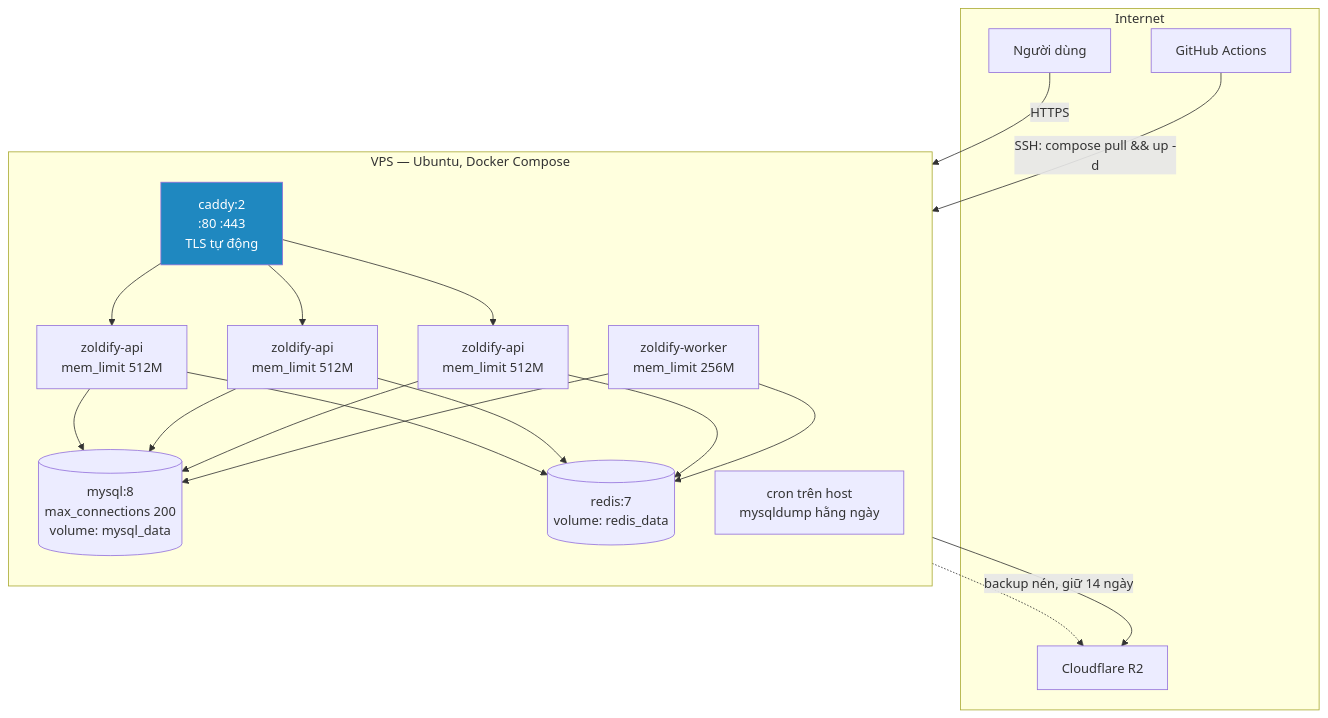
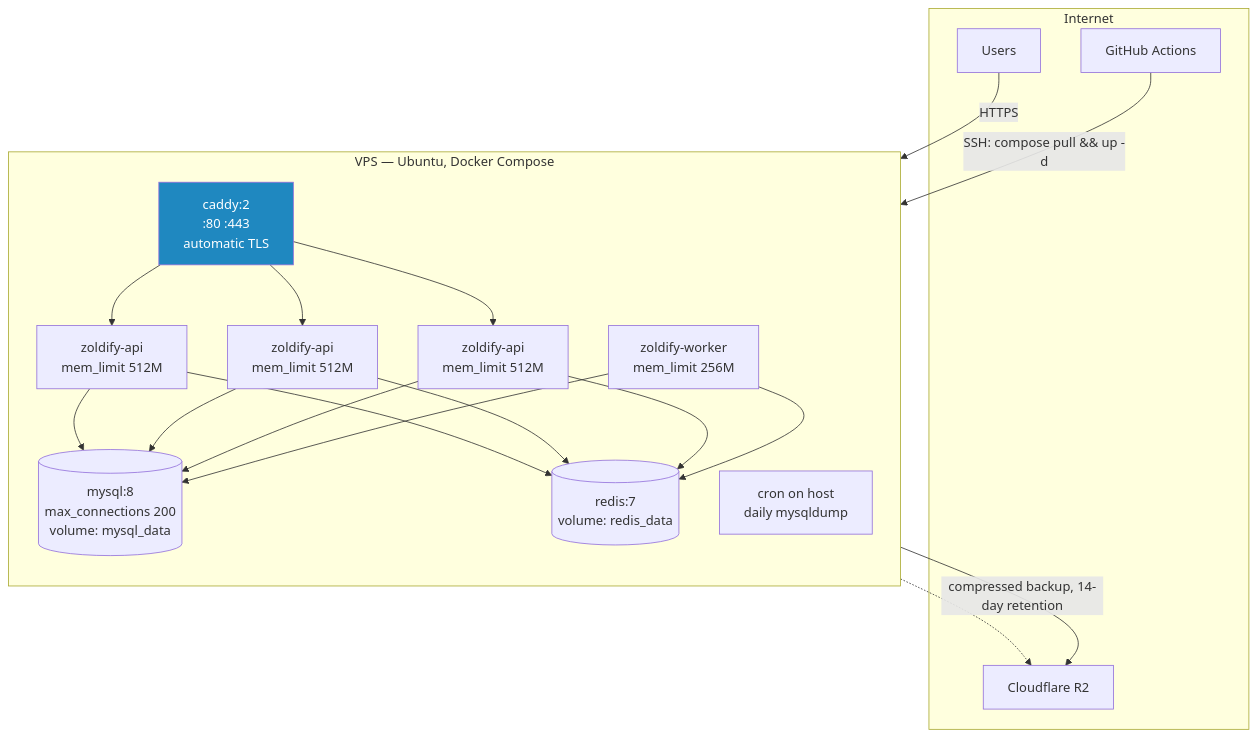
The fifth of 18 diagrams in docs/system-design/2026-08-06-zoldify-diagrams.md (tdat-dev/Zoldify_Backend), drawn with Mermaid before and after one commit. The commit also changed other lines of this file, not shown here.

````diff
--- a/docs/system-design/2026-08-06-zoldify-diagrams.md
+++ b/docs/system-design/2026-08-06-zoldify-diagrams.md
@@ -208,43 +220,43 @@
 ```mermaid
 flowchart TB
     subgraph internet["Internet"]
-        users["Người dùng"]
+        users["Users"]
         gh["GitHub Actions"]
         cf["Cloudflare R2"]
     end
 
     subgraph vps["VPS — Ubuntu, Docker Compose"]
         direction TB
-        caddy["caddy:2<br/>:80 :443<br/>TLS tự động"]
+        caddy["caddy:2<br/>:80 :443<br/>automatic TLS"]
 
         api1["zoldify-api<br/>mem_limit 512M"]
         api2["zoldify-api<br/>mem_limit 512M"]
         api3["zoldify-api<br/>mem_limit 512M"]
         worker["zoldify-worker<br/>mem_limit 256M"]
 
         mysql[("mysql:8<br/>max_connections 200<br/>volume: mysql_data")]
         redis[("redis:7<br/>volume: redis_data")]
 
-        cron["cron trên host<br/>mysqldump hằng ngày"]
+        cron["cron on host<br/>daily mysqldump"]
     end
 
     users -->|"HTTPS"| caddy
     caddy --> api1
     caddy --> api2
     caddy --> api3
 
     api1 --> mysql
     api2 --> mysql
     api3 --> mysql
     api1 --> redis
     api2 --> redis
     api3 --> redis
     worker --> mysql
     worker --> redis
 
     gh -->|"SSH: compose pull && up -d"| vps
     api1 -.-> cf
-    cron -->|"backup nén, giữ 14 ngày"| cf
+    cron -->|"compressed backup, 14-day retention"| cf
 
     style caddy fill:#1f88c0,color:#fff
 ```
````
